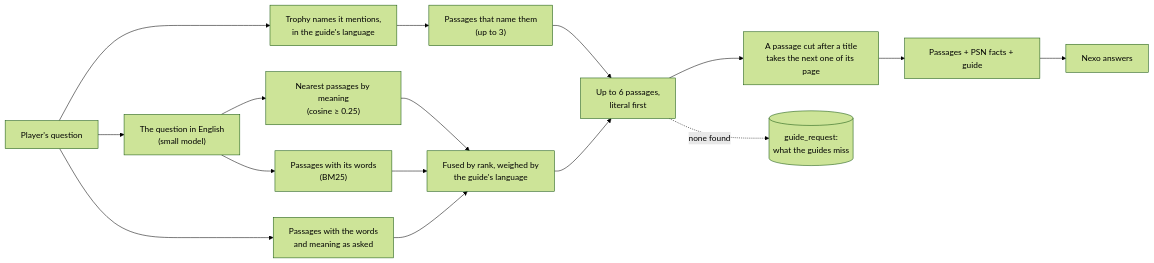
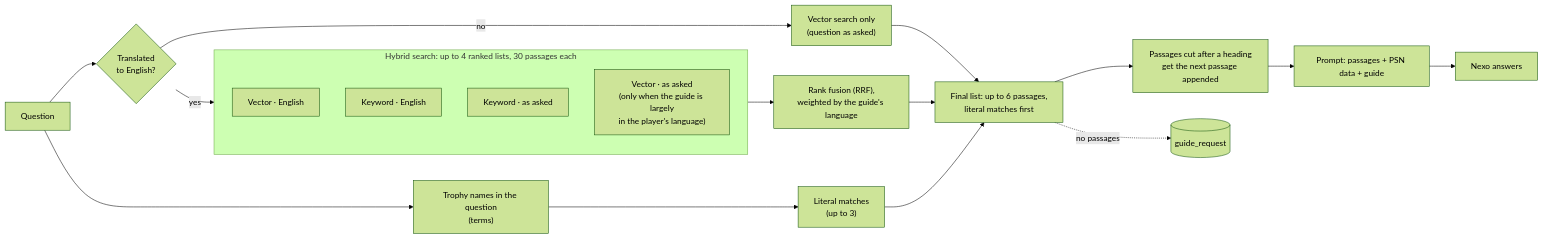
One commit to renatoaug/platjourney changed the third of 4 diagrams in docs/design/07-rag.md. Above: the diagram before and after it, drawn with Mermaid (forest theme). The commit also changed other lines of this file, not shown here.

Commit message:
docs(rag): explain the hybrid search, when each search runs and its weights

````diff
--- a/docs/design/07-rag.md
+++ b/docs/design/07-rag.md
@@ -58,18 +75,22 @@
 ```mermaid
 flowchart LR
-    q[Player's question] --> names["Trophy names it mentions,<br/>in the guide's language"]
-    names --> literal["Passages that name them<br/>(up to 3)"]
-    q --> en["The question in English<br/>(small model)"]
-    en --> semantic["Nearest passages by meaning<br/>(cosine ≥ 0.25)"]
-    en --> words["Passages with its words<br/>(BM25)"]
-    q --> own["Passages with the words<br/>and meaning as asked"]
-    semantic --> fuse["Fused by rank, weighed by<br/>the guide's language"]
-    words --> fuse
-    own --> fuse
-    literal --> pick["Up to 6 passages,<br/>literal first"]
-    fuse --> pick
-    pick --> cont["A passage cut after a title<br/>takes the next one of its page"]
-    cont --> prompt["Passages + PSN facts + guide"]
+    q[Question] --> tr{"Translated<br/>to English?"}
+    tr -- no --> vonly["Vector search only<br/>(question as asked)"]
+    vonly --> pick
+    tr -- yes --> hy
+    subgraph hy [Hybrid search: up to 4 ranked lists, 30 passages each]
+        direction TB
+        ev["Vector · English"]
+        ek["Keyword · English"]
+        ok["Keyword · as asked"]
+        ov["Vector · as asked<br/>(only when the guide is largely<br/>in the player's language)"]
+    end
+    hy --> rrf["Rank fusion (RRF),<br/>weighted by the guide's language"]
+    q --> names["Trophy names in the question<br/>(terms)"] --> literal["Literal matches<br/>(up to 3)"]
+    literal --> pick["Final list: up to 6 passages,<br/>literal matches first"]
+    rrf --> pick
+    pick --> cont["Passages cut after a heading<br/>get the next passage appended"]
+    cont --> prompt["Prompt: passages + PSN data + guide"]
     prompt --> answer[Nexo answers]
-    pick -. "none found" .-> gap[("guide_request:<br/>what the guides miss")]
+    pick -. "no passages" .-> gap[("guide_request")]
 ```
````
